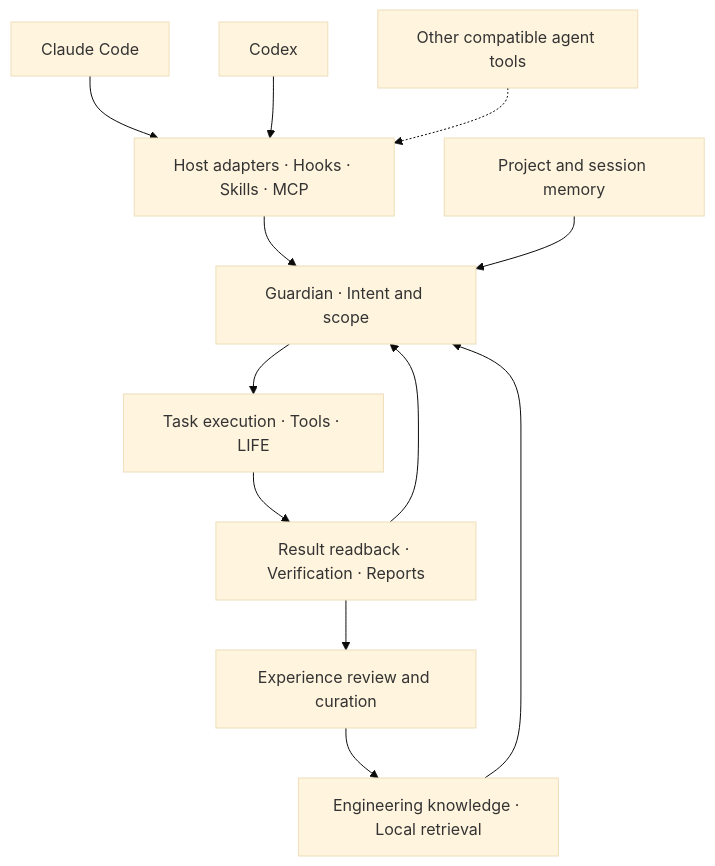
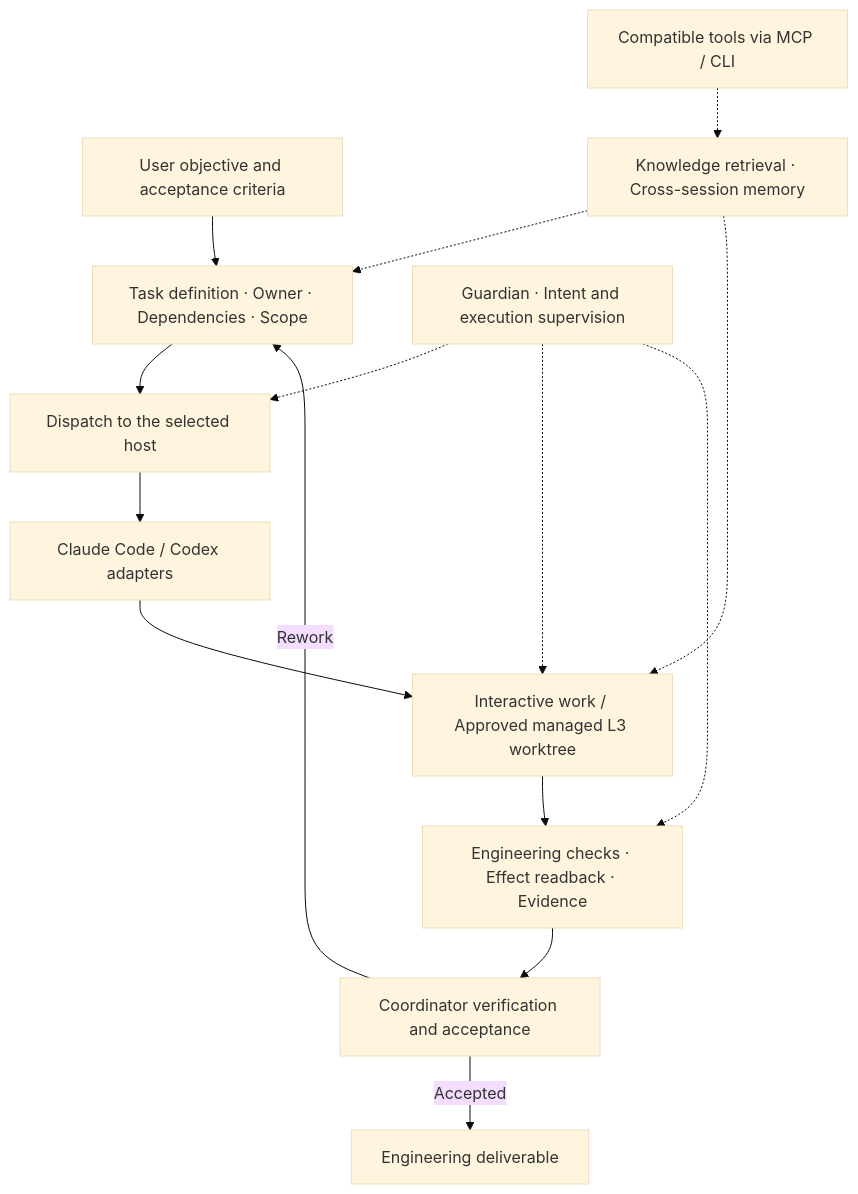
One commit to EthanReedLabs/sulde changed the diagram in README.md. Above: the diagram before and after it, drawn with Mermaid (base theme). The commit also changed other lines of this file and 4 other files, not shown here.

Commit message:
docs: position Sulde around task orchestration and engineering delivery

````diff
--- a/README.md
+++ b/README.md
@@ -52,14 +64,17 @@
 ```mermaid
 flowchart TB
-    Claude[Claude Code] --> Adapters[Host adapters · Hooks · Skills · MCP]
-    Codex[Codex] --> Adapters
-    Compatible[Other compatible agent tools] -.-> Adapters
-    Adapters --> Guardian[Guardian · Intent and scope]
-    Guardian --> Execution[Task execution · Tools · LIFE]
-    Execution --> Evidence[Result readback · Verification · Reports]
-    Evidence --> Guardian
-    Knowledge[Engineering knowledge · Local retrieval] --> Guardian
-    Memory[Project and session memory] --> Guardian
-    Evidence --> Review[Experience review and curation]
-    Review --> Knowledge
+    Intent[User objective and acceptance criteria] --> Tasks[Task definition · Owner · Dependencies · Scope]
+    Tasks --> Dispatch[Dispatch to the selected host]
+    Dispatch --> Adapters[Claude Code / Codex adapters]
+    Adapters --> Execution[Interactive work / Approved managed L3 worktree]
+    Execution --> Checks[Engineering checks · Effect readback · Evidence]
+    Checks --> Review[Coordinator verification and acceptance]
+    Review -->|Accepted| Delivery[Engineering deliverable]
+    Review -->|Rework| Tasks
+    Guardian[Guardian · Intent and execution supervision] -.-> Dispatch
+    Guardian -.-> Execution
+    Guardian -.-> Checks
+    Context[Knowledge retrieval · Cross-session memory] -.-> Tasks
+    Context -.-> Execution
+    Compatible[Compatible tools via MCP / CLI] -.-> Context
 ```
````
